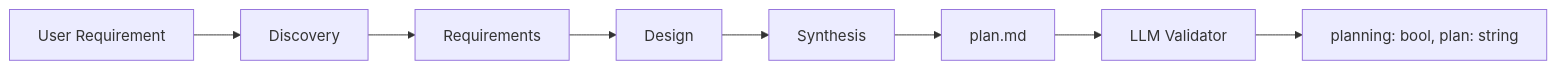
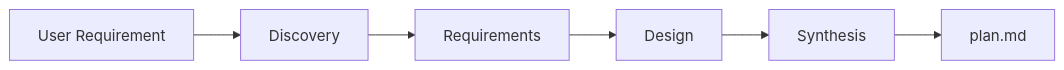
Before and after one commit to sijeeshmiziha/sweagent: the fourth of 8 diagrams in README.md, drawn with Mermaid. The commit also changed other lines of this file and 2 other files, not shown here.

````diff
--- a/README.md
+++ b/README.md
@@ -307,10 +341,8 @@
 ```mermaid
 flowchart LR
   Input["User Requirement"] --> Discovery["Discovery"]
   Discovery --> Requirements["Requirements"]
   Requirements --> Design["Design"]
   Design --> Synthesis["Synthesis"]
-  Synthesis --> Plan["plan.md"]
-  Plan --> Validate["LLM Validator"]
-  Validate --> Output["planning: bool, plan: string"]
+  Synthesis --> Output["plan.md"]
 ```
````
